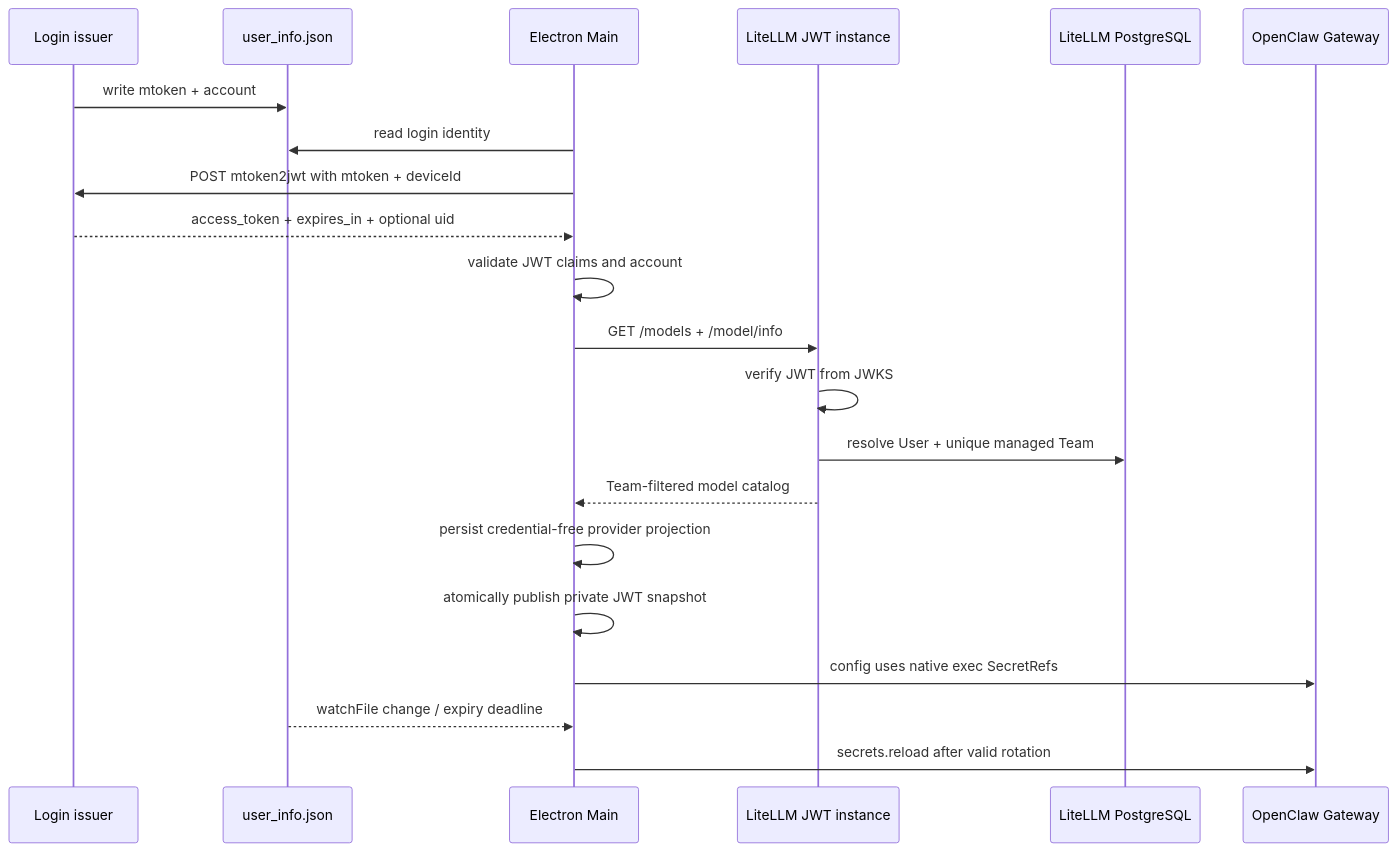
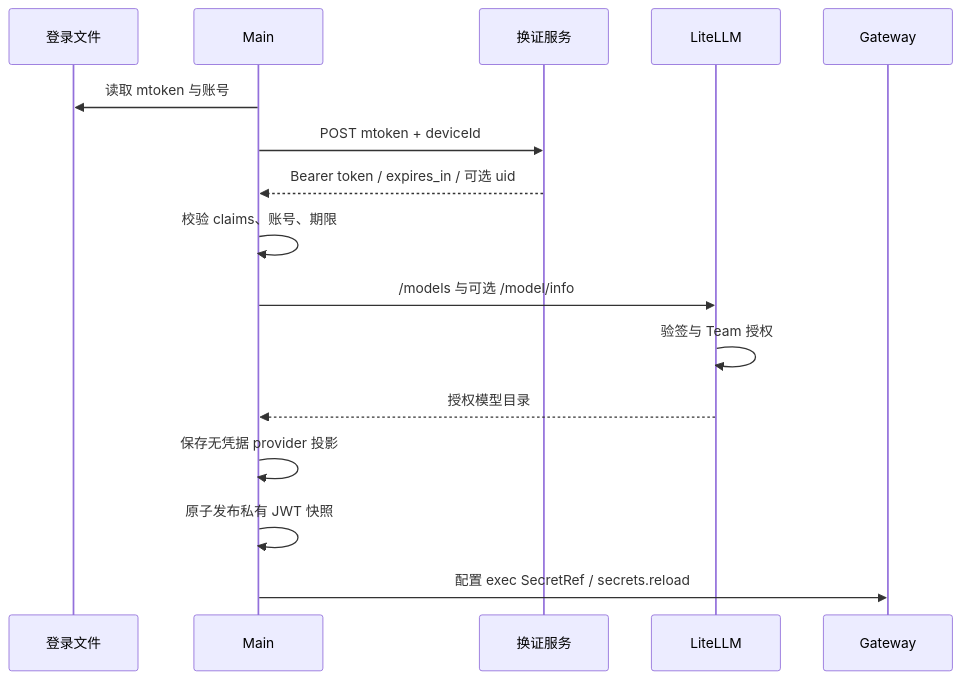
Before and after one commit to liangxhao/JustDo: the diagram in docs/features/authentication-builtin-model-lifecycle.md, drawn with Mermaid. The commit also changed other lines of this file and 46 other files, not shown here.

Commit message:
docs: rewrite architecture and feature guides for current implementation

````diff
--- a/docs/features/authentication-builtin-model-lifecycle.md
+++ b/docs/features/authentication-builtin-model-lifecycle.md
@@ -74,23 +28,18 @@
 ```mermaid
 sequenceDiagram
-  participant I as Login issuer
-  participant F as user_info.json
-  participant M as Electron Main
-  participant L as LiteLLM JWT instance
-  participant DB as LiteLLM PostgreSQL
-  participant G as OpenClaw Gateway
-  I->>F: write mtoken + account
-  M->>F: read login identity
-  M->>I: POST mtoken2jwt with mtoken + deviceId
-  I-->>M: access_token + expires_in + optional uid
-  M->>M: validate JWT claims and account
-  M->>L: GET /models + /model/info
-  L->>L: verify JWT from JWKS
-  L->>DB: resolve User + unique managed Team
-  L-->>M: Team-filtered model catalog
-  M->>M: persist credential-free provider projection
-  M->>M: atomically publish private JWT snapshot
-  M->>G: config uses native exec SecretRefs
-  F-->>M: watchFile change / expiry deadline
-  M->>G: secrets.reload after valid rotation
+  participant F as 登录文件
+  participant M as Main
+  participant I as 换证服务
+  participant L as LiteLLM
+  participant G as Gateway
+  M->>F: 读取 mtoken 与账号
+  M->>I: POST mtoken + deviceId
+  I-->>M: Bearer token / expires_in / 可选 uid
+  M->>M: 校验 claims、账号、期限
+  M->>L: /models 与可选 /model/info
+  L->>L: 验签与 Team 授权
+  L-->>M: 授权模型目录
+  M->>M: 保存无凭据 provider 投影
+  M->>M: 原子发布私有 JWT 快照
+  M->>G: 配置 exec SecretRef / secrets.reload
 ```
````
